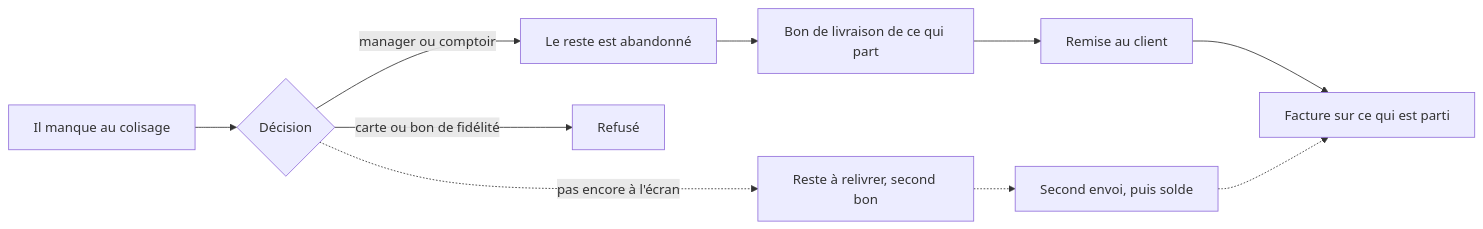
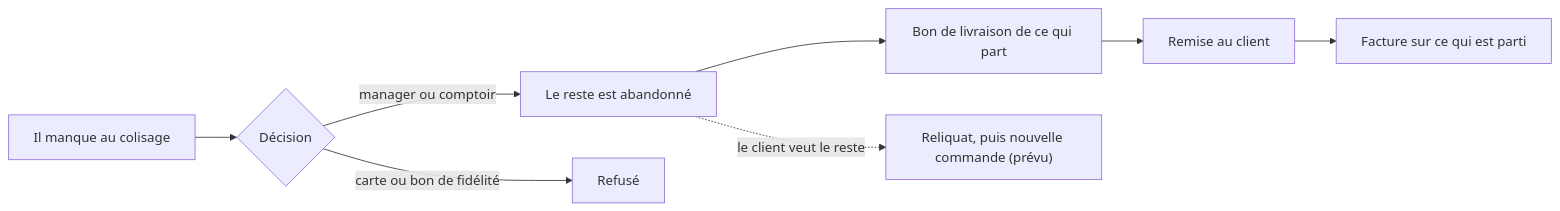
One commit to hugoheynard/lfd changed the first of 2 diagrams in documentation/commandes/reliquat/reliquat.md. Above: the diagram before and after it, drawn with Mermaid. The commit also changed other lines of this file and 4 other files, not shown here.

First line of the commit message:
docs(commandes): le reliquat devient une commande

````diff
--- a/documentation/commandes/reliquat/reliquat.md
+++ b/documentation/commandes/reliquat/reliquat.md
@@ -32,12 +35,10 @@
 ```mermaid
 flowchart LR
     M["Il manque au colisage"] --> D{"Décision"}
     D -->|"manager ou comptoir"| A["Le reste est abandonné"]
     A --> BL["Bon de livraison de ce qui part"]
     BL --> R["Remise au client"]
     R --> F["Facture sur ce qui est parti"]
-    D -.->|"pas encore à l'écran"| B2["Reste à relivrer, second bon"]
-    B2 -.-> R2["Second envoi, puis solde"]
-    R2 -.-> F
+    A -.->|"le client veut le reste"| N["Reliquat, puis nouvelle commande (prévu)"]
     D -->|"carte ou bon de fidélité"| X["Refusé"]
 ```
````
